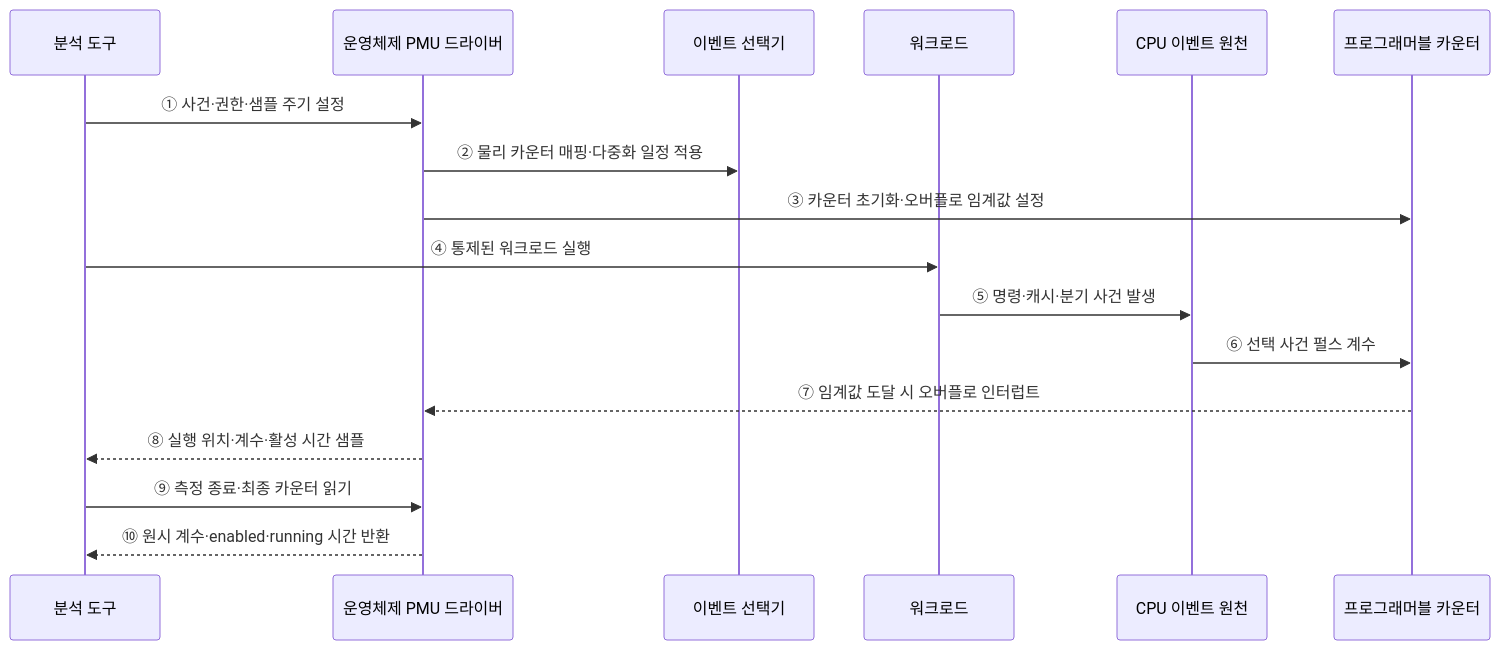
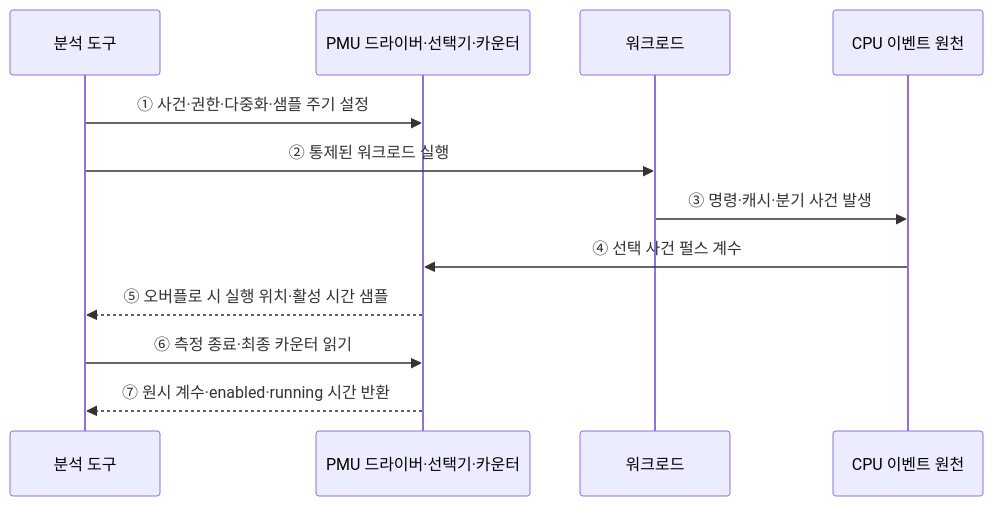
The second of 2 diagrams in src/content/docs/notes/02-hardware/091_hardware_performance_counter_pmu.md (agnusdei1207/knowledge-base), drawn with Mermaid before and after one commit. The commit also changed other lines of this file and 14 other files, not shown here.

````diff
--- a/src/content/docs/notes/02-hardware/091_hardware_performance_counter_pmu.md
+++ b/src/content/docs/notes/02-hardware/091_hardware_performance_counter_pmu.md
@@ -108,20 +89,15 @@
 ```mermaid
 sequenceDiagram
     participant A as 분석 도구
-    participant P as 운영체제 PMU 드라이버
-    participant S as 이벤트 선택기
+    participant P as PMU 드라이버·선택기·카운터
     participant W as 워크로드
     participant E as CPU 이벤트 원천
-    participant C as 프로그래머블 카운터
 
-    A->>P: ① 사건·권한·샘플 주기 설정
-    P->>S: ② 물리 카운터 매핑·다중화 일정 적용
-    P->>C: ③ 카운터 초기화·오버플로 임계값 설정
-    A->>W: ④ 통제된 워크로드 실행
-    W->>E: ⑤ 명령·캐시·분기 사건 발생
-    E->>C: ⑥ 선택 사건 펄스 계수
-    C-->>P: ⑦ 임계값 도달 시 오버플로 인터럽트
-    P-->>A: ⑧ 실행 위치·계수·활성 시간 샘플
-    A->>P: ⑨ 측정 종료·최종 카운터 읽기
-    P-->>A: ⑩ 원시 계수·enabled·running 시간 반환
+    A->>P: ① 사건·권한·다중화·샘플 주기 설정
+    A->>W: ② 통제된 워크로드 실행
+    W->>E: ③ 명령·캐시·분기 사건 발생
+    E->>P: ④ 선택 사건 펄스 계수
+    P-->>A: ⑤ 오버플로 시 실행 위치·활성 시간 샘플
+    A->>P: ⑥ 측정 종료·최종 카운터 읽기
+    P-->>A: ⑦ 원시 계수·enabled·running 시간 반환
 ```
````
